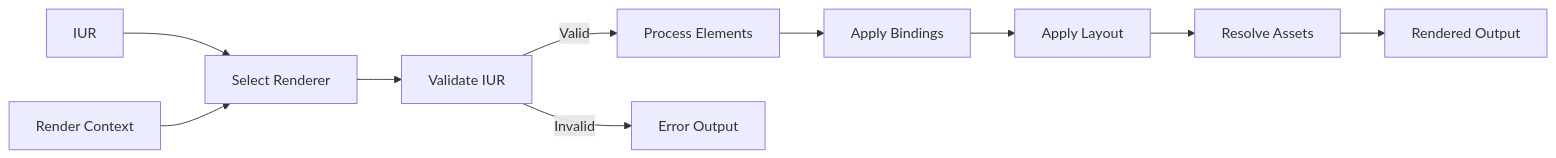
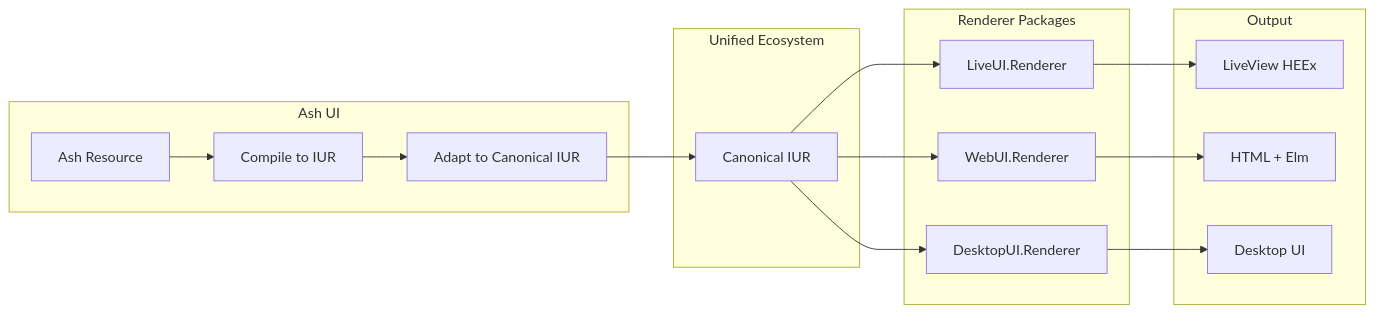
The second of 2 diagrams in specs/rendering/README.md (pcharbon70/ash_ui), drawn with Mermaid before and after one commit. The commit also changed other lines of this file and 9 other files, not shown here.

First line of the commit message:
Update Ash UI specs to integrate with unified-ui ecosystem

````diff
--- a/specs/rendering/README.md
+++ b/specs/rendering/README.md
@@ -40,12 +89,29 @@
 ```mermaid
 flowchart LR
-    IUR["IUR"] --> Select["Select Renderer"]
-    Context["Render Context"] --> Select
-    Select --> Validate["Validate IUR"]
-    Validate -->|Valid| Process["Process Elements"]
-    Validate -->|Invalid| Error["Error Output"]
-    Process --> Bind["Apply Bindings"]
-    Bind --> Layout["Apply Layout"]
-    Layout --> Assets["Resolve Assets"]
-    Assets --> Output["Rendered Output"]
+    subgraph AshUI["Ash UI"]
+        Resource["Ash Resource"]
+        Compile["Compile to IUR"]
+        Adapt["Adapt to Canonical IUR"]
+    end
+
+    subgraph Unified["Unified Ecosystem"]
+        Canonical["Canonical IUR"]
+    end
+
+    subgraph Renderers["Renderer Packages"]
+        Live["LiveUI.Renderer"]
+        Web["WebUI.Renderer"]
+        Desktop["DesktopUI.Renderer"]
+    end
+
+    subgraph Output["Output"]
+        LV["LiveView HEEx"]
+        HTML["HTML + Elm"]
+        Native["Desktop UI"]
+    end
+
+    Resource --> Compile --> Adapt --> Canonical
+    Canonical --> Live --> LV
+    Canonical --> Web --> HTML
+    Canonical --> Desktop --> Native
 ```
````
